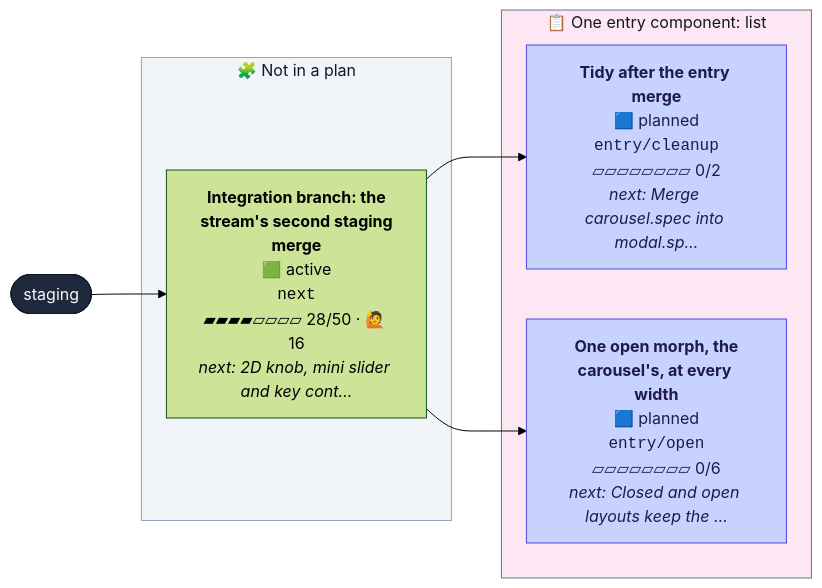
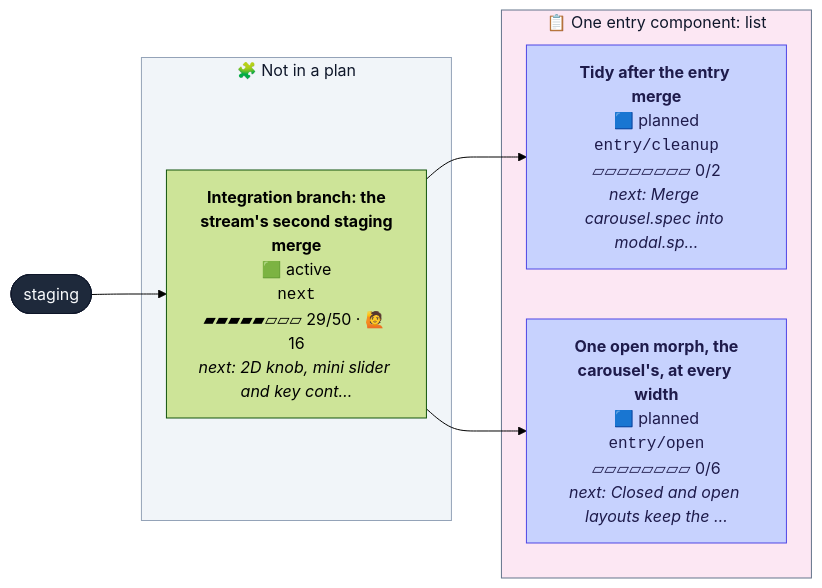
One commit to henryjonescodes/portfolio changed the second of 2 diagrams in CONTRIBUTING.md. Above: the diagram before and after it, drawn with Mermaid (forest theme). The commit also changed other lines of this file and 1 other file, not shown here.

````diff
--- a/CONTRIBUTING.md
+++ b/CONTRIBUTING.md
@@ -69,29 +66,29 @@
 ```mermaid
 flowchart LR
   n_staging([staging])
   class n_staging trunk
   subgraph plan_1["📋 One entry component: list"]
     n_entry_cleanup["<b>Tidy after the entry merge</b><br/>🟦 planned<br/><code>entry/cleanup</code><br/>▱▱▱▱▱▱▱▱ 0/2<br/><i>next: Merge carousel.spec into modal.sp…</i>"]
     class n_entry_cleanup planned
     n_entry_open["<b>One open morph, the<br/>carousel's, at every width</b><br/>🟦 planned<br/><code>entry/open</code><br/>▱▱▱▱▱▱▱▱ 0/6<br/><i>next: Closed and open layouts keep the …</i>"]
     class n_entry_open planned
   end
   style plan_1 fill:#fce7f3,stroke:#64748b,color:#0f172a
   subgraph loose["🧩 Not in a plan"]
-    n_next["<b>Integration branch: the<br/>stream's second staging<br/>merge</b><br/>🟩 active<br/><code>next</code><br/>▰▰▰▰▱▱▱▱ 28/50 · 🙋 16<br/><i>next: 2D knob, mini slider and key cont…</i>"]
+    n_next["<b>Integration branch: the<br/>stream's second staging<br/>merge</b><br/>🟩 active<br/><code>next</code><br/>▰▰▰▰▰▱▱▱ 29/50 · 🙋 16<br/><i>next: 2D knob, mini slider and key cont…</i>"]
     class n_next active,current
   end
   style loose fill:#f1f5f9,stroke:#94a3b8,color:#0f172a
   n_next --> n_entry_cleanup
   n_next --> n_entry_open
   n_staging --> n_next
   classDef merged fill:#dcfce7,stroke:#16a34a,color:#052e16
   classDef todo fill:#ffffff,stroke:#94a3b8,stroke-dasharray:2 2,color:#334155
   classDef planned fill:#c7d2fe,stroke:#4f46e5,color:#1e1b4b
   classDef sketched fill:#f8fafc,stroke:#64748b,stroke-dasharray:4 3,color:#334155
   classDef active fill:#bbf7d0,stroke:#16a34a,stroke-width:3px,color:#052e16
   classDef review fill:#fde68a,stroke:#d97706,stroke-width:3px,color:#451a03
   classDef blocked fill:#fecaca,stroke:#dc2626,stroke-width:3px,color:#450a0a
   classDef trunk fill:#1e293b,stroke:#0f172a,color:#f8fafc
   classDef current stroke:#0ea5e9,stroke-width:5px
 ```
````
